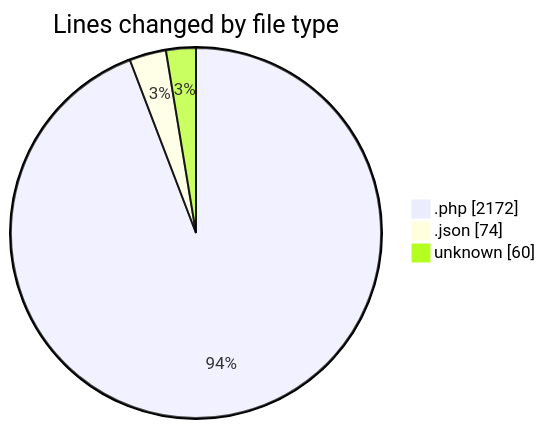
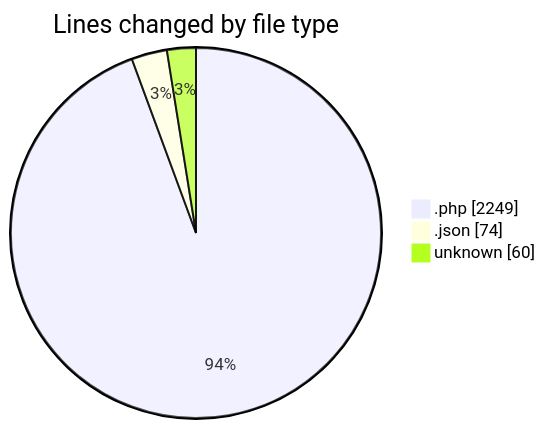
The first of 2 diagrams in 2025-08-19/quytuthien_vn/README.md (lephambinh05/code-tracking), drawn with Mermaid before and after one commit. The commit also changed other lines of this file and 1 other file, not shown here.

````diff
--- a/2025-08-19/quytuthien_vn/README.md
+++ b/2025-08-19/quytuthien_vn/README.md
@@ -77,7 +79,7 @@
 ```mermaid
 pie showData
 title Lines changed by file type
-".php" : 2172
+".php" : 2249
 ".json" : 74
 "unknown" : 60
 ```
````
